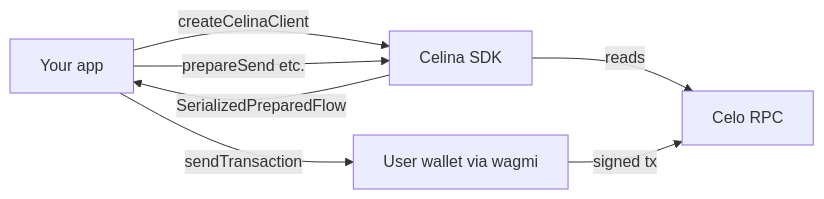
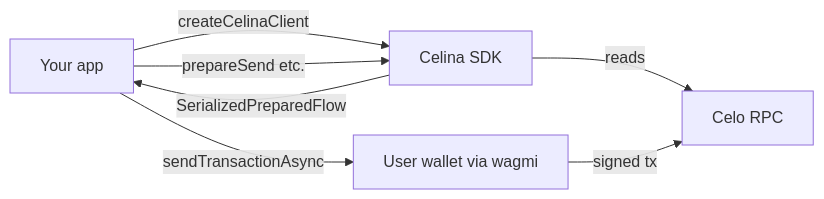
Before and after one commit to andrewkimjoseph/celina-sdk: the first of 2 diagrams in docs/concepts/architecture.md, drawn with Mermaid. The commit also changed 78 other files, not shown here.

First line of the commit message:
docs: standardize wagmi sendTransactionAsync across guides and API reference.

````diff
--- a/docs/concepts/architecture.md
+++ b/docs/concepts/architecture.md
@@ -15,14 +15,14 @@
 ```mermaid
 flowchart LR
   app[Your app]
   sdk[Celina SDK]
   rpc[Celo RPC]
   wallet[User wallet via wagmi]
 
   app -->|createCelinaClient| sdk
   sdk -->|reads| rpc
   app -->|prepareSend etc.| sdk
   sdk -->|SerializedPreparedFlow| app
-  app -->|sendTransaction| wallet
+  app -->|sendTransactionAsync| wallet
   wallet -->|signed tx| rpc
 ```
````
